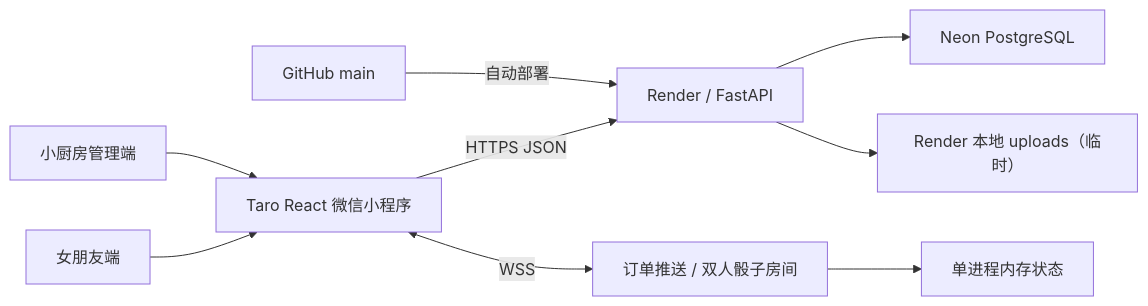
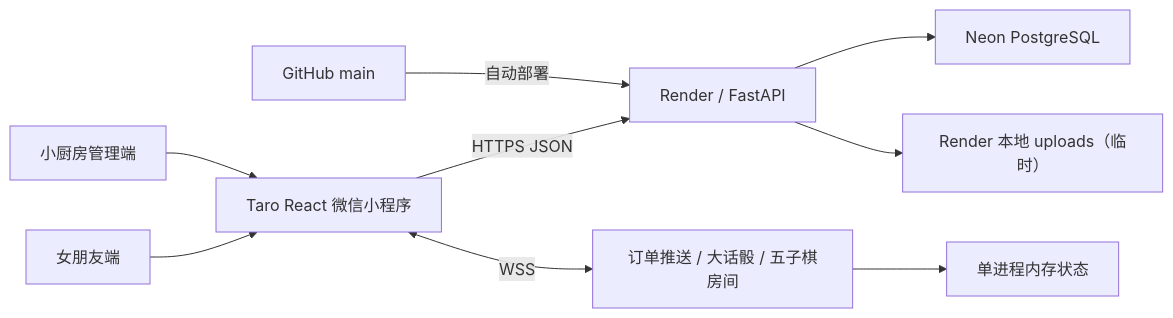
The diagram in docs/PROJECT_HANDOFF.md (zj1310426307-stack/girlfriend-menu-app), drawn with Mermaid before and after one commit. The commit also changed other lines of this file and 4 other files, not shown here.

````diff
--- a/docs/PROJECT_HANDOFF.md
+++ b/docs/PROJECT_HANDOFF.md
@@ -34,11 +34,11 @@
 ```mermaid
 flowchart LR
   U["女朋友端"] --> MP["Taro React 微信小程序"]
   A["小厨房管理端"] --> MP
   MP -->|"HTTPS JSON"| API["Render / FastAPI"]
-  MP <-->|"WSS"| RT["订单推送 / 双人骰子房间"]
+  MP <-->|"WSS"| RT["订单推送 / 大话骰 / 五子棋房间"]
   API --> DB["Neon PostgreSQL"]
   API --> FS["Render 本地 uploads（临时）"]
   RT --> MEM["单进程内存状态"]
   GH["GitHub main"] -->|"自动部署"| API
 ```
````
